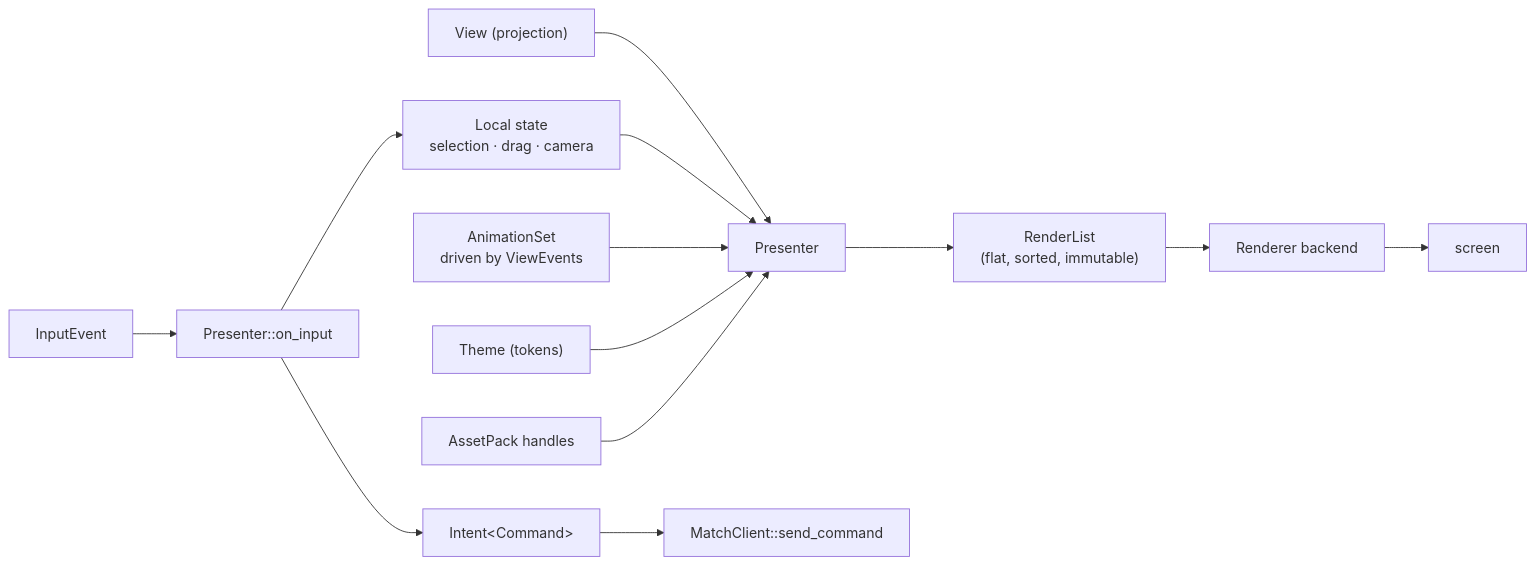
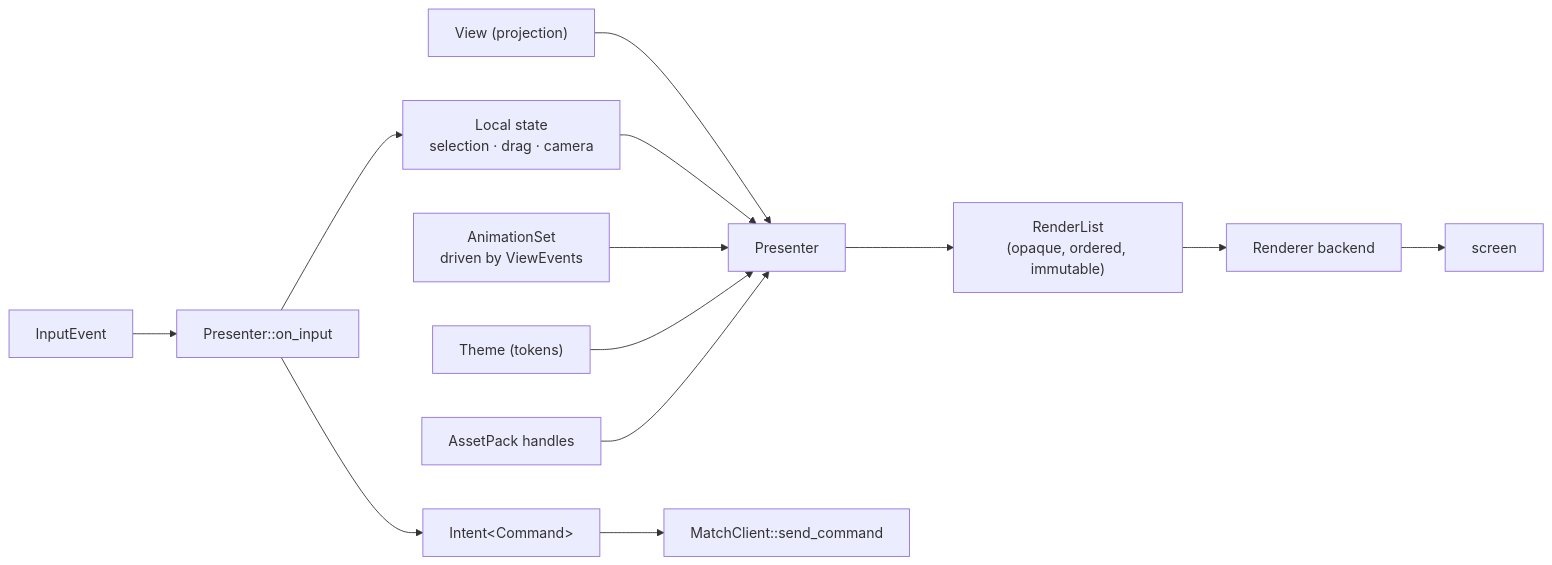
One commit to loveoverflowcom/tabula changed the third of 6 diagrams in docs/architecture/04-frontend-and-design-system.md. Above: the diagram before and after it, drawn with Mermaid. The commit also changed other lines of this file and 5 other files, not shown here.

````diff
--- a/docs/architecture/04-frontend-and-design-system.md
+++ b/docs/architecture/04-frontend-and-design-system.md
@@ -307,15 +307,15 @@
 ```mermaid
 flowchart LR
     V["View (projection)"] --> P["Presenter"]
     L["Local state<br/>selection · drag · camera"] --> P
     A["AnimationSet<br/>driven by ViewEvents"] --> P
     T["Theme (tokens)"] --> P
     AS["AssetPack handles"] --> P
-    P --> RL["RenderList<br/>(flat, sorted, immutable)"]
+    P --> RL["RenderList<br/>(opaque, ordered, immutable)"]
     RL --> RB["Renderer backend"]
     RB --> GPU["screen"]
     IN["InputEvent"] --> P2["Presenter::on_input"]
     P2 --> INT["Intent&lt;Command&gt;"]
     INT --> NET["MatchClient::send_command"]
     P2 --> L
 ```
````
